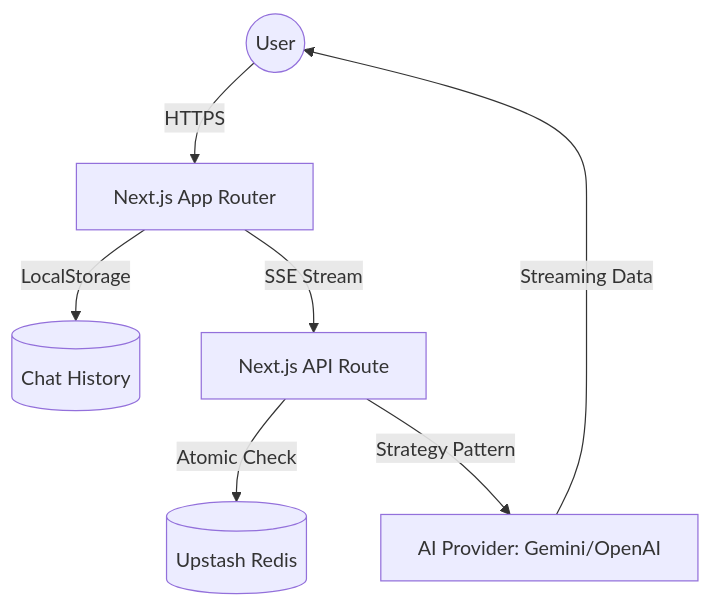
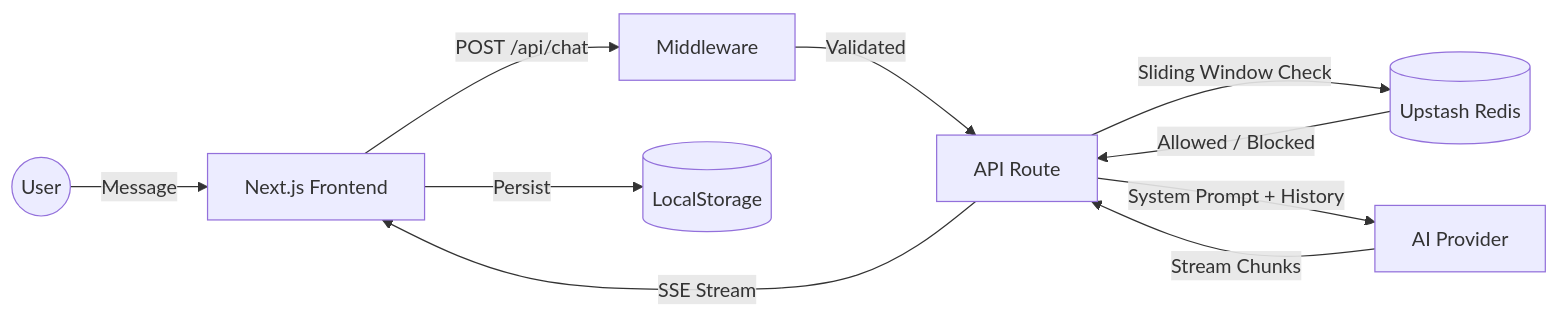
Before and after one commit to AyusGup/philo-gpt: the diagram in README.md, drawn with Mermaid.

````diff
--- a/README.md
+++ b/README.md
@@ -13,9 +13,12 @@
 ```mermaid
-graph TD
-    User((User)) -->|HTTPS| Frontend[Next.js App Router]
-    Frontend -->|LocalStorage| History[(Chat History)]
-    Frontend -->|SSE Stream| API[Next.js API Route]
-    API -->|Atomic Check| Redis[(Upstash Redis)]
-    API -->|Strategy Pattern| AI[AI Provider: Gemini/OpenAI]
-    AI -->|Streaming Data| User
+flowchart LR
+    User((User)) -->|Message| Frontend[Next.js Frontend]
+    Frontend -->|POST /api/chat| Middleware[Middleware]
+    Middleware -->|Validated| API[API Route]
+    API -->|Sliding Window Check| Redis[(Upstash Redis)]
+    Redis -->|Allowed / Blocked| API
+    API -->|System Prompt + History| AI[AI Provider]
+    AI -->|Stream Chunks| API
+    API -->|SSE Stream| Frontend
+    Frontend -->|Persist| Storage[(LocalStorage)]
 ```
````
